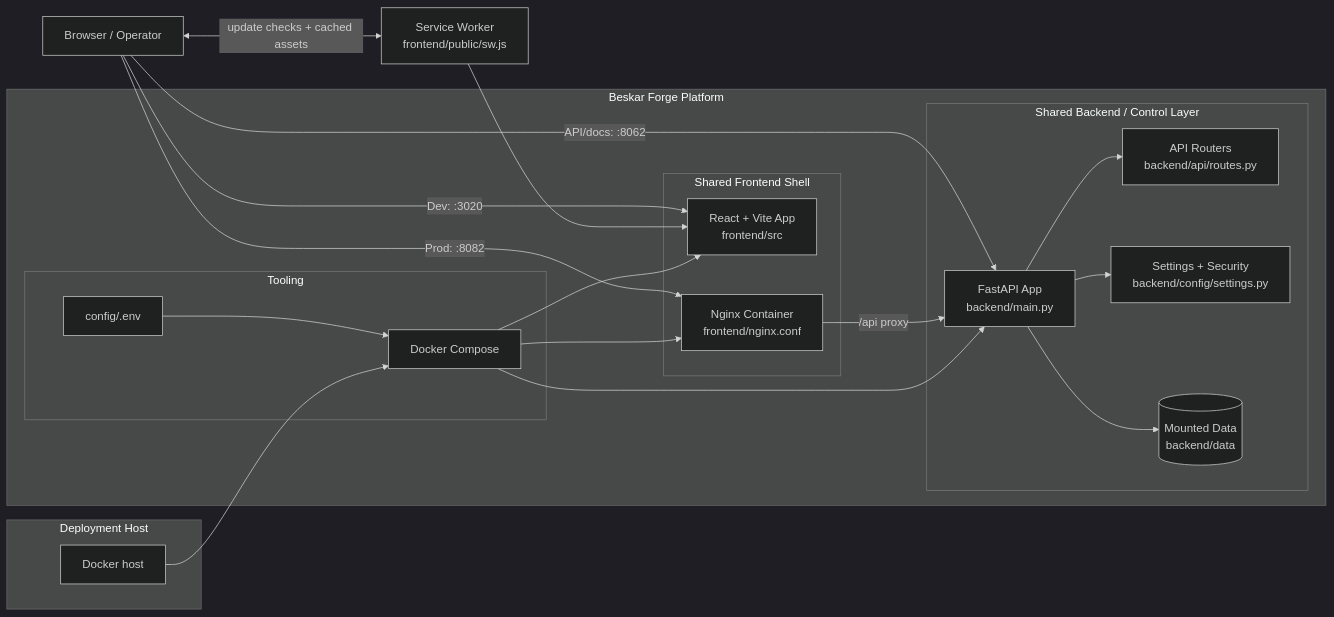
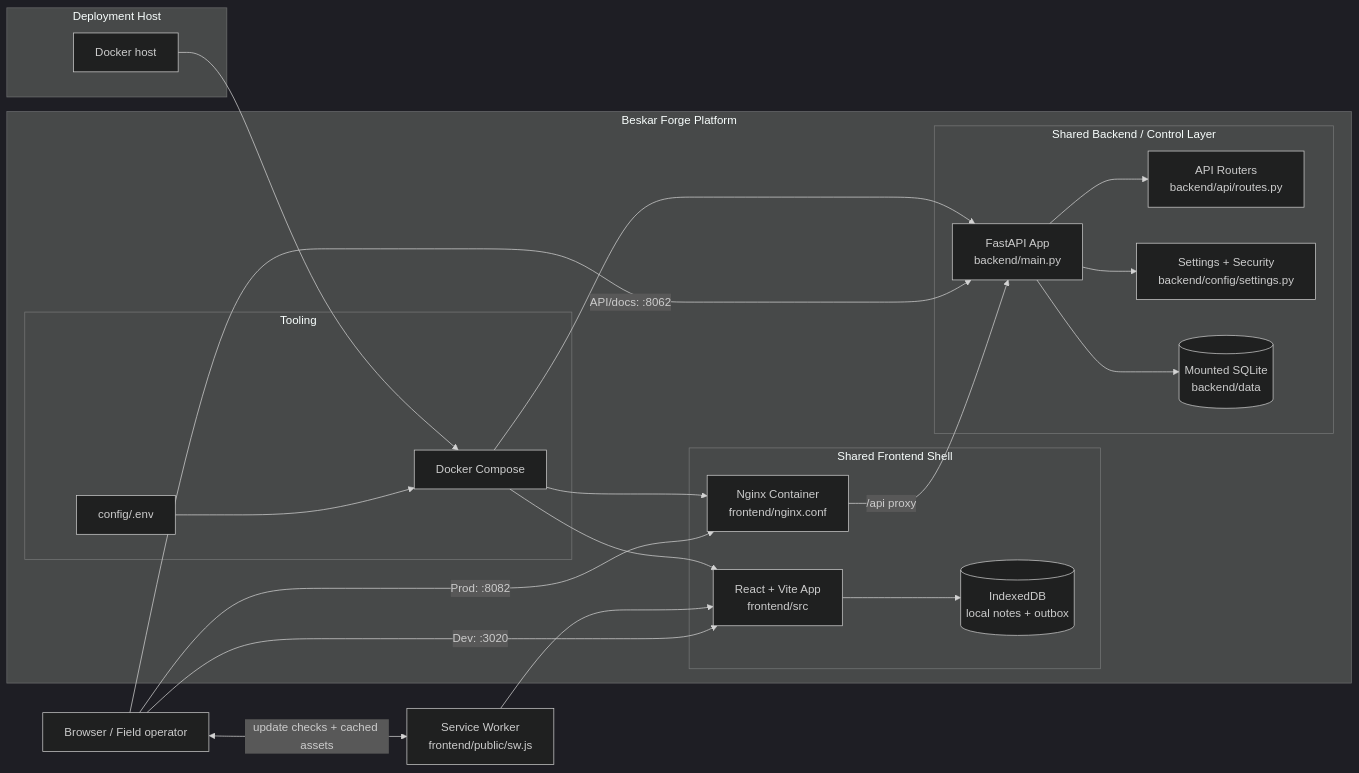
Before and after one commit to martin-gomola/beskar-forge: the diagram in docs/ARCHITECTURE.md, drawn with Mermaid (dark theme). The commit also changed other lines of this file and 12 other files, not shown here.

Commit message:
Add offline-first field notes workflow

````diff
--- a/docs/ARCHITECTURE.md
+++ b/docs/ARCHITECTURE.md
@@ -28,43 +31,45 @@
 ```mermaid
 flowchart LR
-    User[Browser / Operator]
+    User[Browser / Field operator]
     SW[Service Worker<br/>frontend/public/sw.js]
 
     subgraph Host["Deployment Host"]
         Server[Docker host]
     end
 
     subgraph Platform["Beskar Forge Platform"]
         subgraph Frontend["Shared Frontend Shell"]
             Vite[React + Vite App<br/>frontend/src]
+            Local[(IndexedDB<br/>local notes + outbox)]
             Nginx[Nginx Container<br/>frontend/nginx.conf]
         end
 
         subgraph Backend["Shared Backend / Control Layer"]
             API[FastAPI App<br/>backend/main.py]
             Routes[API Routers<br/>backend/api/routes.py]
             Config[Settings + Security<br/>backend/config/settings.py]
-            Data[(Mounted Data<br/>backend/data)]
+            Data[(Mounted SQLite<br/>backend/data)]
         end
 
         subgraph Tooling["Tooling"]
             Compose[Docker Compose]
             Env[config/.env]
         end
     end
 
     User -->|Dev: :3020| Vite
     User -->|Prod: :8082| Nginx
     User -->|API/docs: :8062| API
     User <-->|update checks + cached assets| SW
     SW --> Vite
+    Vite --> Local
     Nginx -->|/api proxy| API
     API --> Routes
     API --> Config
     API --> Data
     Compose --> Vite
     Compose --> Nginx
     Compose --> API
     Env --> Compose
     Server --> Compose
 ```
````
